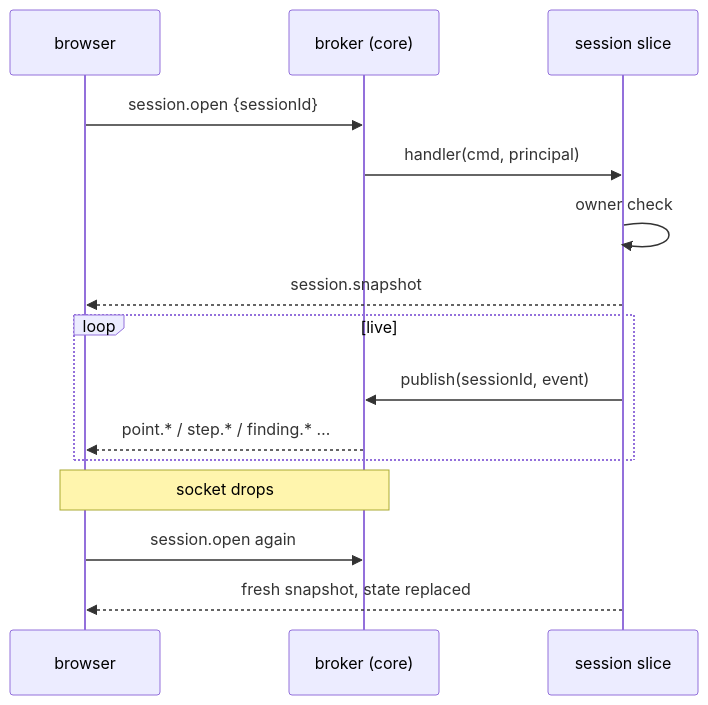
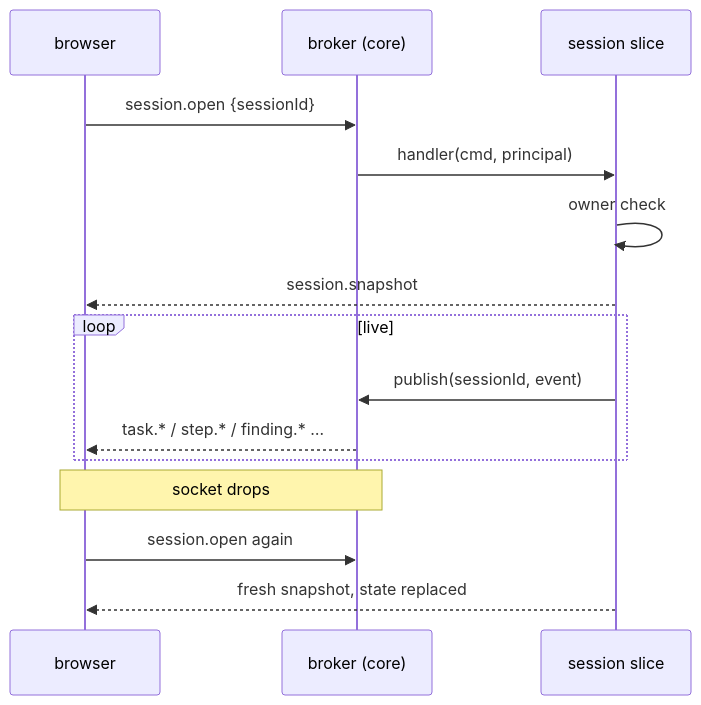
Before and after one commit to ziyangliu-666/lumen-next: the fifth of 16 diagrams in docs/ARCHITECTURE.md, drawn with Mermaid. The commit also changed other lines of this file and 25 other files, not shown here.

First line of the commit message:
contract: a task, not a point, and a tree, not a graph

````diff
--- a/docs/ARCHITECTURE.md
+++ b/docs/ARCHITECTURE.md
@@ -212,17 +209,17 @@
 ```mermaid
 sequenceDiagram
   participant B as browser
   participant K as broker (core)
   participant S as session slice
   B->>K: session.open {sessionId}
   K->>S: handler(cmd, principal)
   S->>S: owner check
   S-->>B: session.snapshot
   loop live
     S->>K: publish(sessionId, event)
-    K-->>B: point.* / step.* / finding.* …
+    K-->>B: task.* / step.* / finding.* …
   end
   Note over B,K: socket drops
   B->>K: session.open again
   S-->>B: fresh snapshot, state replaced
 ```
````
